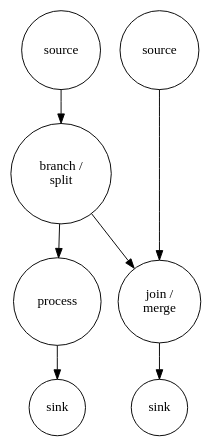
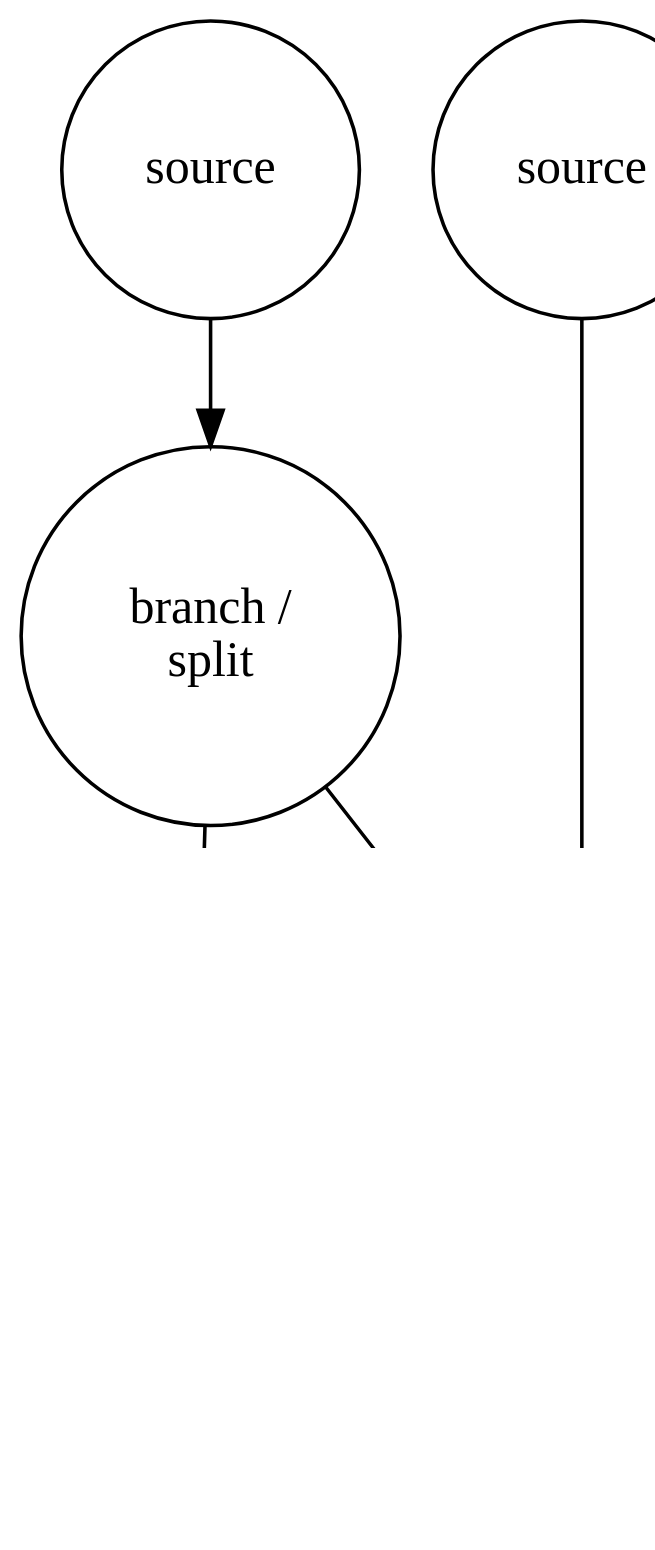
One commit to inponomarev/kstreams-examples changed the first of 14 diagrams in slides/src/main/asciidoc/kstreams.adoc. Above: the diagram before and after it, drawn with Graphviz. The commit also changed other lines of this file and 1 other file, not shown here.

Commit message:
widescreen, dpi in dot, titles

```diff
--- a/slides/src/main/asciidoc/kstreams.adoc
+++ b/slides/src/main/asciidoc/kstreams.adoc
@@ -92,26 +94,26 @@
 [graphviz,"topology-sample.png"]
 ----
 digraph G {
 
-
+graph [ dpi = 140 ]; 
 node [shape="circle" ];
 
 
 a[label="source"];
 b[label="source"];
 c[label="branch /\nsplit"];
 
 d[label="process"];
 e[label="join /\nmerge"];
 f[label="sink"];
 g[label="sink"];
 {rank = same; a; b;}
 a->c;
 b->e;
 c->e;
 c->d;
 d->f;
 e->g;
 
 }
 ----
```
